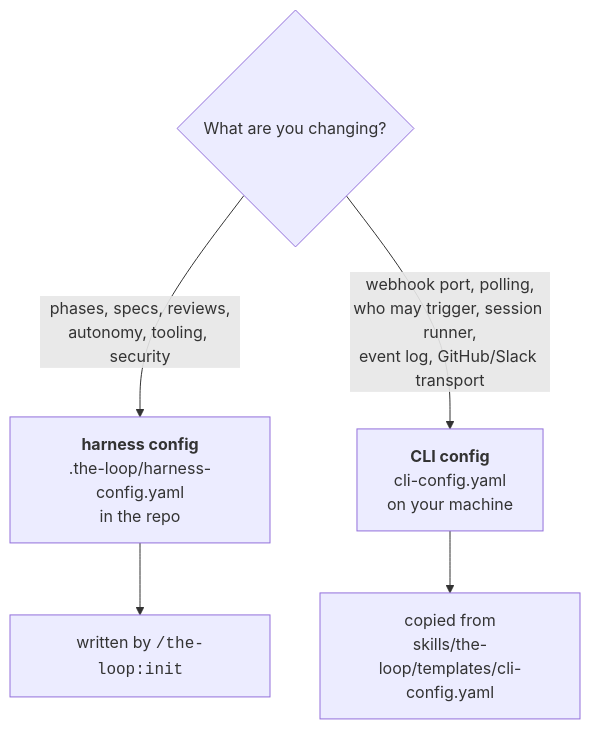
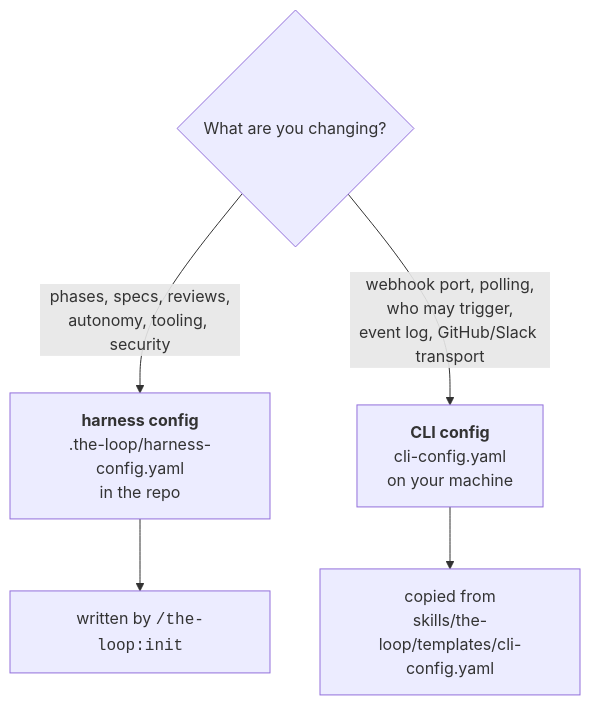
The diagram in docs/config/index.md (MadaraUchiha-314/the-loop), drawn with Mermaid before and after one commit. The commit also changed 61 other files, not shown here.

````diff
--- a/docs/config/index.md
+++ b/docs/config/index.md
@@ -32,8 +32,8 @@
 ```mermaid
 graph TD
   Q{"What are you changing?"}
   Q -->|"phases, specs, reviews,<br/>autonomy, tooling, security"| H["<b>harness config</b><br/>.the-loop/harness-config.yaml<br/>in the repo"]
-  Q -->|"webhook port, polling,<br/>who may trigger, session runner,<br/>event log, GitHub/Slack transport"| C["<b>CLI config</b><br/>cli-config.yaml<br/>on your machine"]
+  Q -->|"webhook port, polling,<br/>who may trigger,<br/>event log, GitHub/Slack transport"| C["<b>CLI config</b><br/>cli-config.yaml<br/>on your machine"]
   H --> H2["written by <code>/the-loop:init</code>"]
   C --> C2["copied from<br/>skills/the-loop/templates/cli-config.yaml"]
 ```
````
